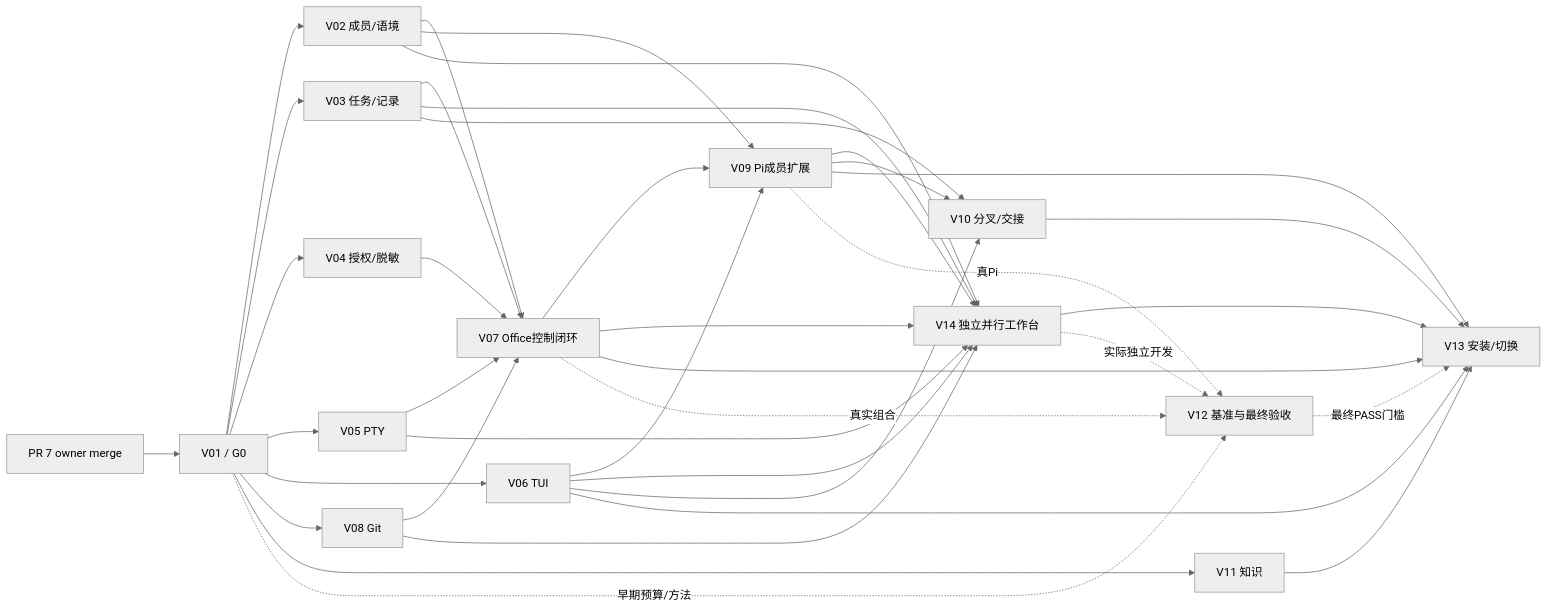
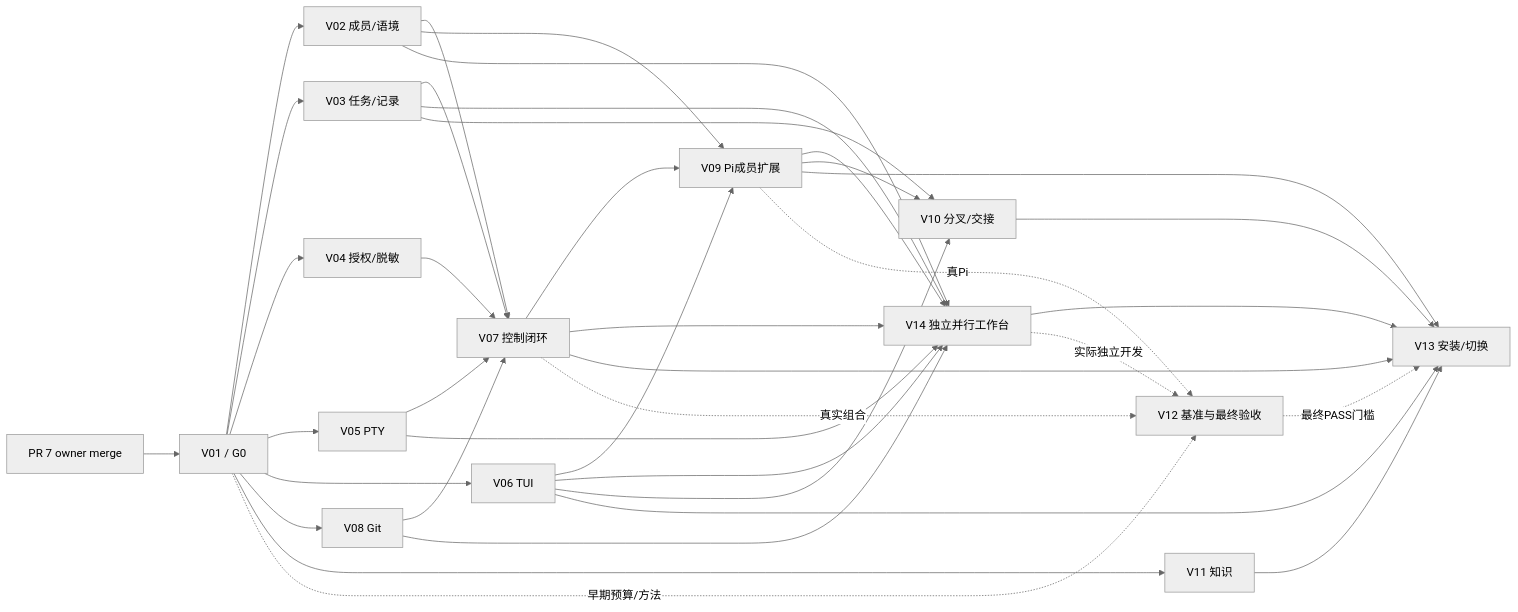
One commit to zuohaisu/viva changed the diagram in docs/implementation/rust-office-rollout.md. Above: the diagram before and after it, drawn with Mermaid (neutral theme). The commit also changed other lines of this file and 35 other files, not shown here.

````diff
--- a/docs/implementation/rust-office-rollout.md
+++ b/docs/implementation/rust-office-rollout.md
@@ -71,40 +71,40 @@
 ```mermaid
 flowchart LR
   D[PR 7 owner merge] --> A[V01 / G0]
   A --> B[V02 成员/语境]
   A --> C[V03 任务/记录]
   A --> E[V04 授权/脱敏]
   A --> F[V05 PTY]
   A --> U[V06 TUI]
   A --> G[V08 Git]
   A --> K[V11 知识]
-  B --> O[V07 Office控制闭环]
+  B --> O[V07 控制闭环]
   C --> O
   E --> O
   F --> O
   G --> O
   O --> P[V09 Pi成员扩展]
   B --> P
   U --> P
   O --> W[V14 独立并行工作台]
   U --> W
   G --> W
   P --> W
   B --> W
   C --> W
   F --> W
   W --> I
   W -. 实际独立开发 .-> T
   P --> S[V10 分叉/交接]
   C --> S
   U --> S
   O --> I[V13 安装/切换]
   U --> I
   P --> I
   S --> I
   K --> I
   A -. 早期预算/方法 .-> T[V12 基准与最终验收]
   O -. 真实组合 .-> T
   P -. 真Pi .-> T
   T -. 最终PASS门槛 .-> I
 ```
````
